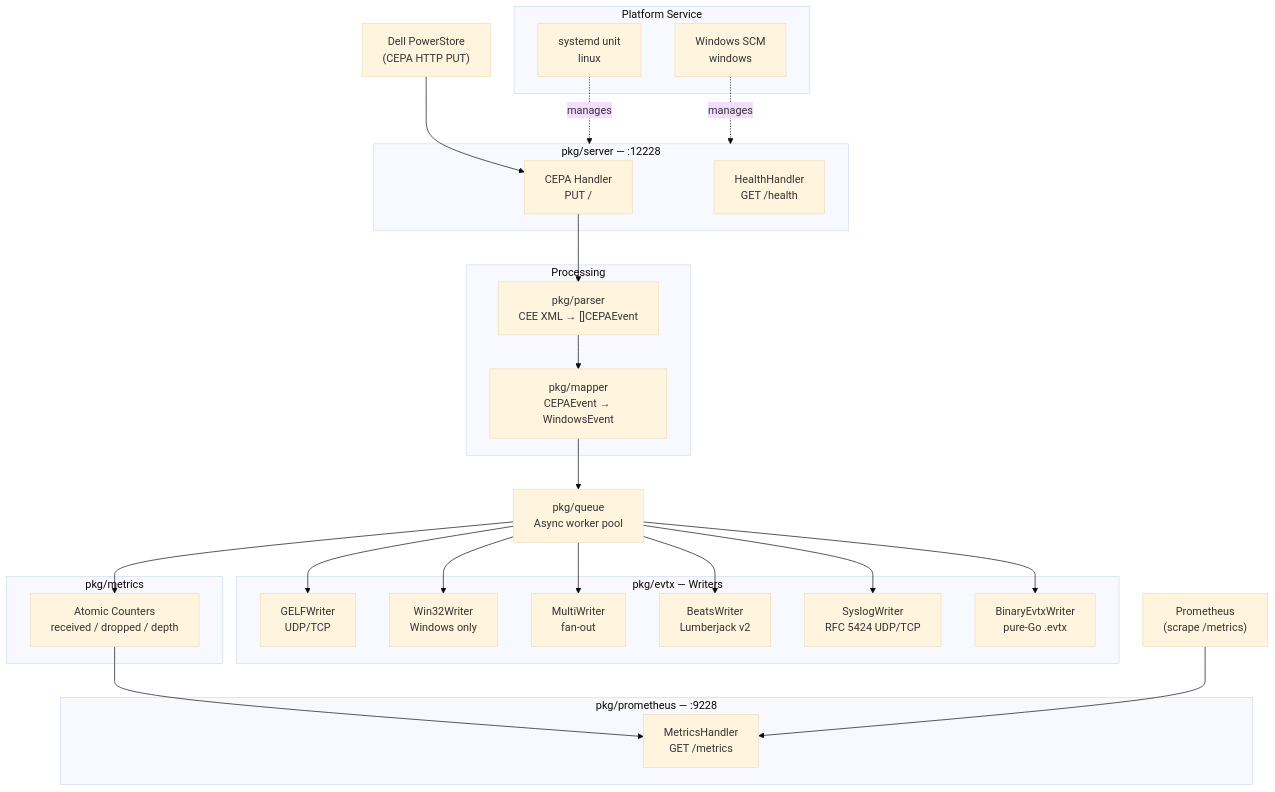
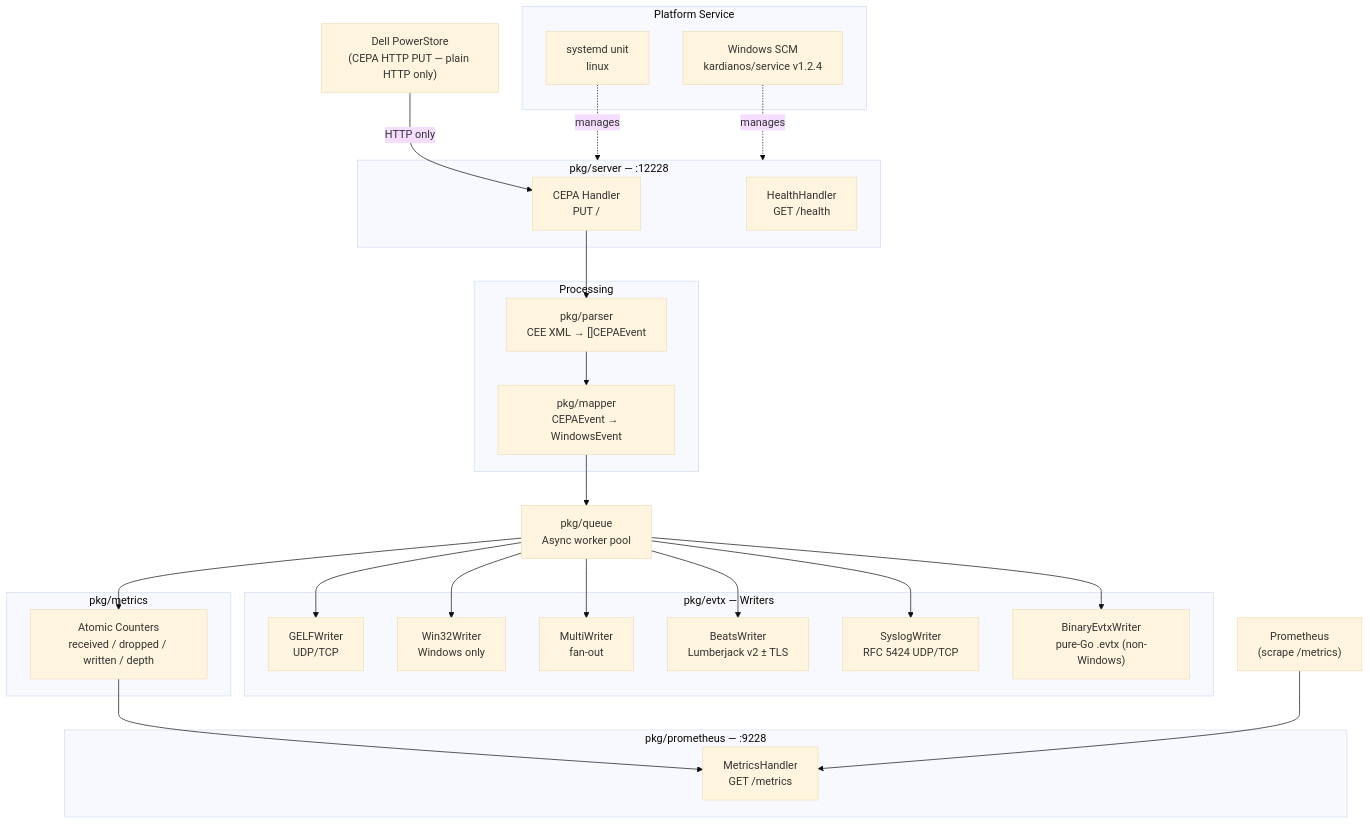
The first of 2 diagrams in docs/v2-research.md (fjacquet/cee-exporter), drawn with Mermaid (base theme) before and after one commit. The commit also changed other lines of this file and 6 other files, not shown here.

````diff
--- a/docs/v2-research.md
+++ b/docs/v2-research.md
@@ -24,50 +50,50 @@
 ```mermaid
 flowchart TD
-    PS["Dell PowerStore\n(CEPA HTTP PUT)"]
+    PS["Dell PowerStore\n(CEPA HTTP PUT — plain HTTP only)"]
     Prom["Prometheus\n(scrape /metrics)"]
 
     subgraph server["pkg/server — :12228"]
         H["CEPA Handler\nPUT /"]
         HH["HealthHandler\nGET /health"]
     end
 
     subgraph metrics_srv["pkg/prometheus — :9228"]
         MH["MetricsHandler\nGET /metrics"]
     end
 
     subgraph proc["Processing"]
         P["pkg/parser\nCEE XML → []CEPAEvent"]
         M["pkg/mapper\nCEPAEvent → WindowsEvent"]
     end
 
     Q["pkg/queue\nAsync worker pool"]
 
     subgraph writers["pkg/evtx — Writers"]
         GW["GELFWriter\nUDP/TCP"]
         WW["Win32Writer\nWindows only"]
         MW["MultiWriter\nfan-out"]
-        BW["BeatsWriter\nLumberjack v2"]
+        BW["BeatsWriter\nLumberjack v2 ± TLS"]
         SW["SyslogWriter\nRFC 5424 UDP/TCP"]
-        EW["BinaryEvtxWriter\npure-Go .evtx"]
+        EW["BinaryEvtxWriter\npure-Go .evtx (non-Windows)"]
     end
 
     subgraph service["Platform Service"]
         SVC_L["systemd unit\nlinux"]
-        SVC_W["Windows SCM\nwindows"]
+        SVC_W["Windows SCM\nkardianos/service v1.2.4"]
     end
 
     subgraph atomic["pkg/metrics"]
-        CNT["Atomic Counters\nreceived / dropped / depth"]
+        CNT["Atomic Counters\nreceived / dropped / written / depth"]
     end
 
-    PS --> H
+    PS -->|HTTP only| H
     H --> P
     P --> M
     M --> Q
     Q --> GW & WW & MW & BW & SW & EW
     Q --> CNT
     CNT --> MH
     Prom --> MH
     SVC_L -.manages.-> server
     SVC_W -.manages.-> server
 ```
````
